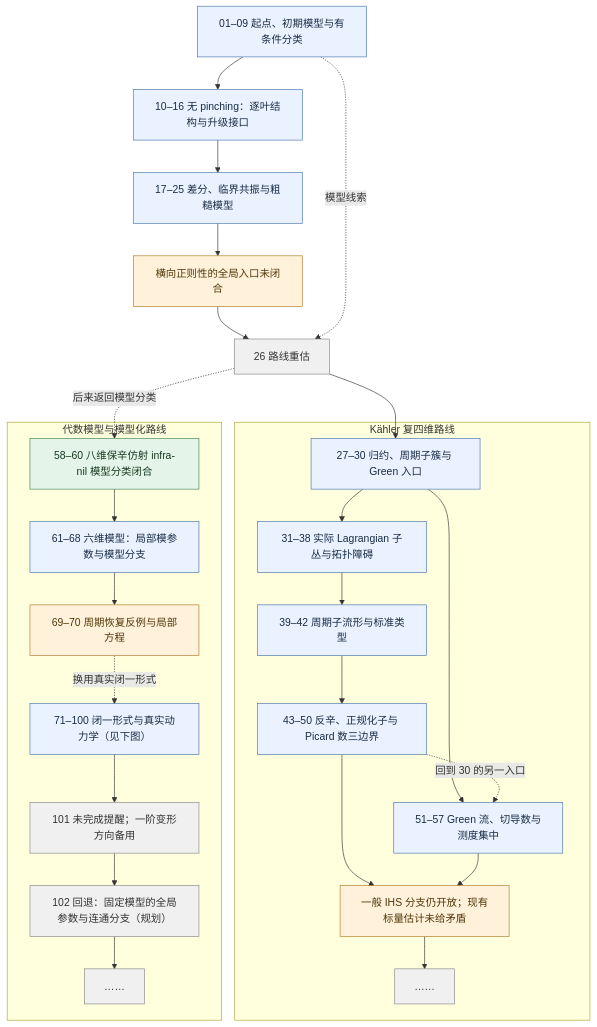
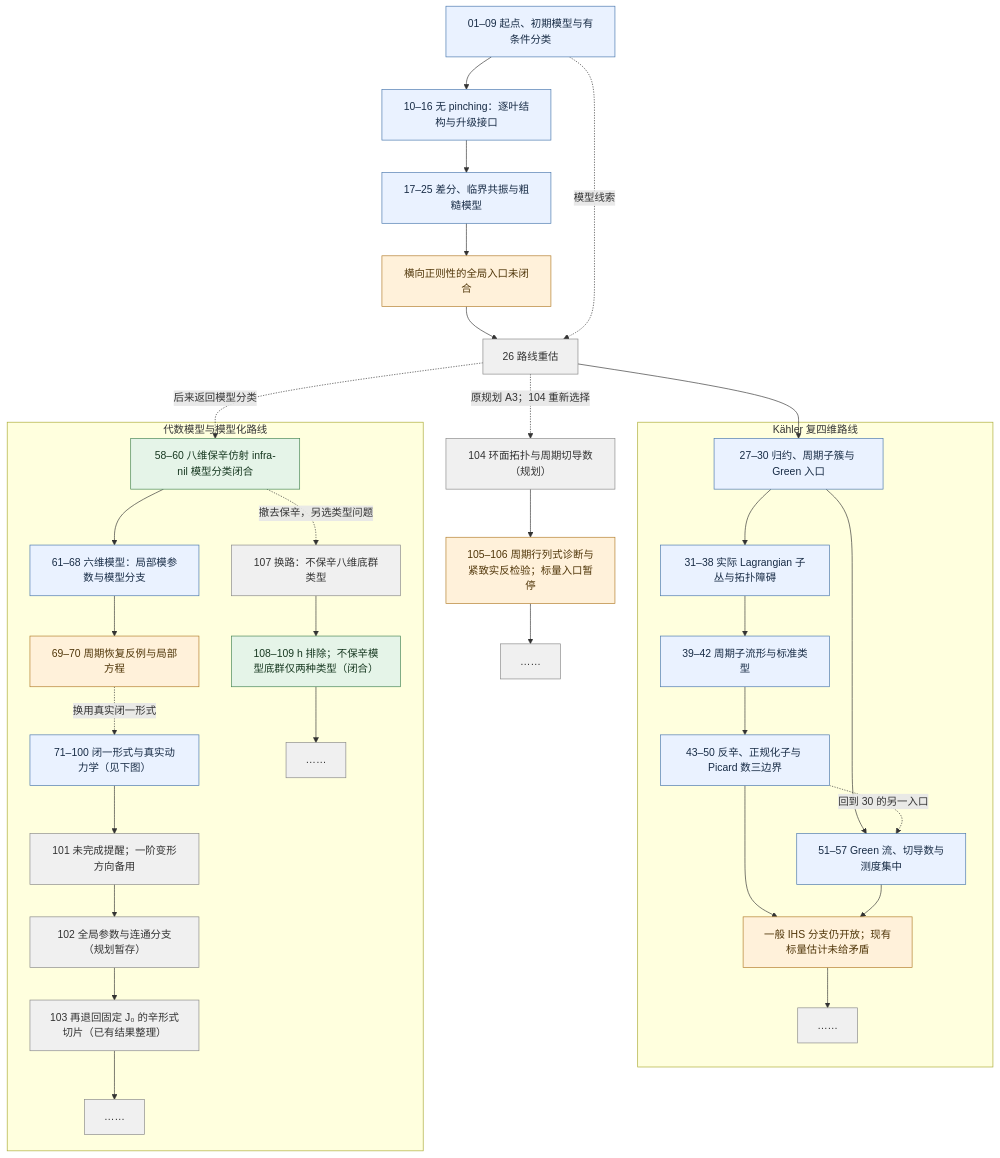
One commit to the-heart-of-karenin/ghys_general_case_research changed the first of 2 diagrams in RESEARCH_MAP.md. Above: the diagram before and after it, drawn with Mermaid. The commit also changed other lines of this file and 36 other files, not shown here.

````diff
--- a/RESEARCH_MAP.md
+++ b/RESEARCH_MAP.md
@@ -9,46 +9,53 @@
 ```mermaid
 flowchart TD
     S["01–09 起点、初期模型与有条件分类"]
     S --> R["10–16 无 pinching：逐叶结构与升级接口"]
     R --> R2["17–25 差分、临界共振与粗糙模型"]
     R2 --> RG["横向正则性的全局入口未闭合"]
     RG --> TURN["26 路线重估"]
     S -. "模型线索" .-> TURN
 
     subgraph K["Kähler 复四维路线"]
       K0["27–30 归约、周期子簇与 Green 入口"]
       KT["31–38 实际 Lagrangian 子丛与拓扑障碍"]
       KG["39–42 周期子流形与标准类型"]
       KN["43–50 反辛、正规化子与 Picard 数三边界"]
       KM["51–57 Green 流、切导数与测度集中"]
       STOP["一般 IHS 分支仍开放；现有标量估计未给矛盾"]
       K0 --> KT --> KG --> KN
       K0 --> KM
       KN -. "回到 30 的另一入口" .-> KM
       KN --> STOP
       KM --> STOP
       STOP --> KE["……"]
     end
 
     subgraph M["代数模型与模型化路线"]
       MC["58–60 八维保辛仿射 infra-nil 模型分类闭合"]
       MD["61–68 六维模型：局部模参数与模型分支"]
       MP["69–70 周期恢复反例与局部方程"]
       MA["71–100 闭一形式与真实动力学（见下图）"]
       BACK["101 未完成提醒；一阶变形方向备用"]
-      NOW["102 回退：固定模型的全局参数与连通分支（规划）"]
+      NOW["102 全局参数与连通分支（规划暂存）"]
+      BASIC["103 再退回固定 J₀ 的辛形式切片（已有结果整理）"]
+      MC -. "撤去保辛，另选类型问题" .-> SWITCH["107 换路：不保辛八维底群类型"]
+      SWITCH --> NOSYMP["108–109 h 排除；不保辛模型底群仅两种类型（闭合）"]
+      NOSYMP --> SE["……"]
       MC --> MD --> MP
       MP -. "换用真实闭一形式" .-> MA
-      MA --> BACK --> NOW --> ME["……"]
+      MA --> BACK --> NOW --> BASIC --> ME["……"]
     end
+    TURN -. "原规划 A3；104 重新选择" .-> TOR["104 环面拓扑与周期切导数（规划）"]
+    TOR --> SCALAR["105–106 周期行列式诊断与紧致实反检验；标量入口暂停"]
+    SCALAR --> TE["……"]
     TURN --> K0
     TURN -. "后来返回模型分类" .-> MC
     classDef research fill:#eaf2ff,stroke:#4776ad,color:#182c46;
     classDef closed fill:#e5f4e8,stroke:#438352,color:#173820;
     classDef open fill:#fff1da,stroke:#b17b28,color:#503609;
     classDef plan fill:#f0f0f0,stroke:#888,color:#333;
     class S,R,R2,K0,KT,KG,KN,KM,MD,MA research;
-    class MC closed;
-    class RG,STOP,MP open;
-    class TURN,BACK,NOW,KE,ME plan;
+    class MC,NOSYMP closed;
+    class RG,STOP,MP,SCALAR open;
+    class TURN,BACK,NOW,BASIC,TOR,TE,SWITCH,SE,KE,ME plan;
 ```
````
